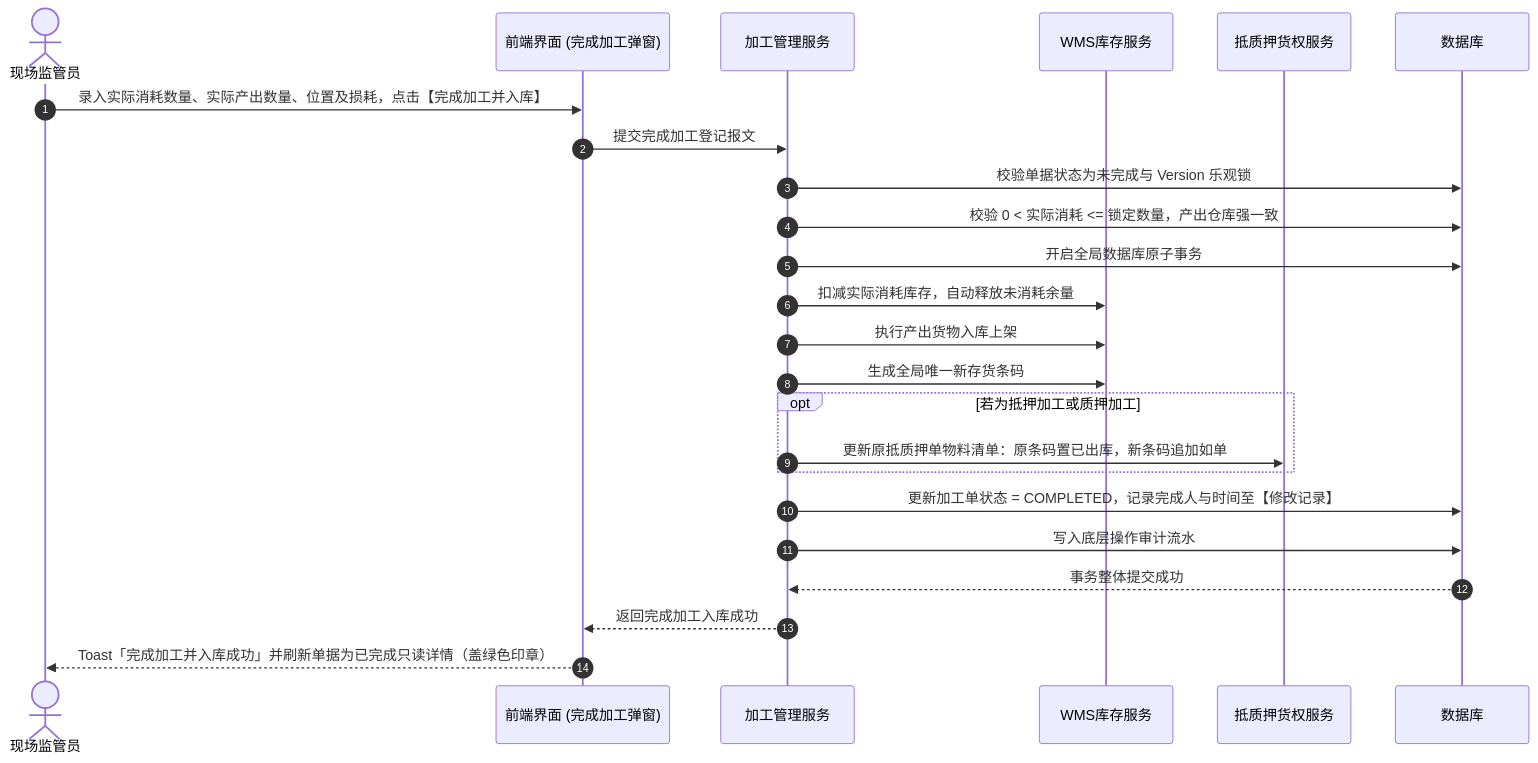
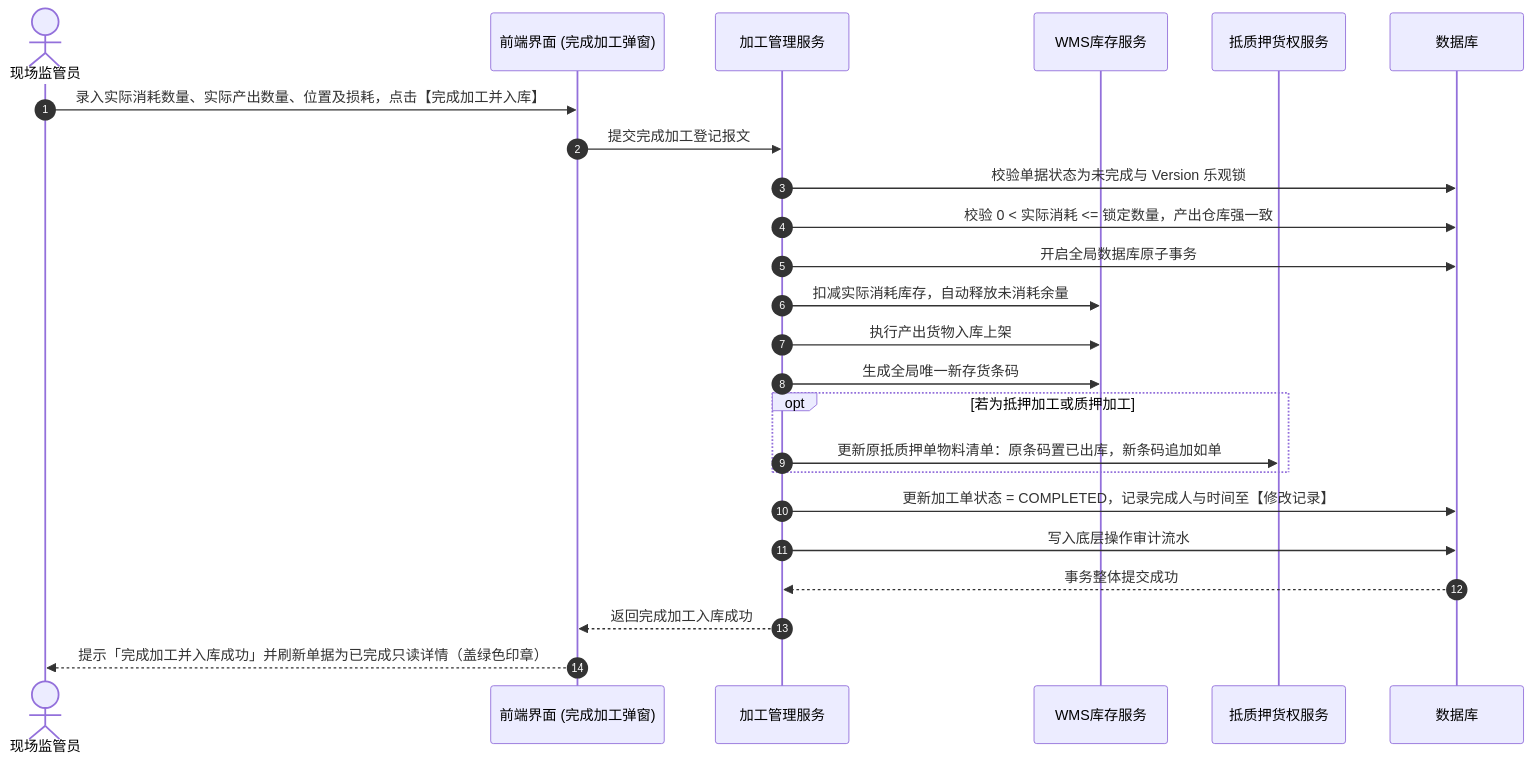
One commit to RobertHuang999/SYZC changed the fourth of 4 diagrams in 02-PRD文档/🌟🌟🌟-最新基准版/B端PC/02-仓储/14-加工管理-加工记录/加工管理业务规则规格.md. Above: the diagram before and after it, drawn with Mermaid. The commit also changed other lines of this file and 264 other files, not shown here.

````diff
--- a/02-PRD文档/🌟🌟🌟-最新基准版/B端PC/02-仓储/14-加工管理-加工记录/加工管理业务规则规格.md
+++ b/02-PRD文档/🌟🌟🌟-最新基准版/B端PC/02-仓储/14-加工管理-加工记录/加工管理业务规则规格.md
@@ -280,27 +294,27 @@
 ```mermaid
 sequenceDiagram
     autonumber
     actor U as 现场监管员
     participant F as 前端界面 (完成加工弹窗)
     participant B as 加工管理服务
     participant W as WMS库存服务
     participant P as 抵质押货权服务
     participant DB as 数据库
 
     U->>F: 录入实际消耗数量、实际产出数量、位置及损耗，点击【完成加工并入库】
     F->>B: 提交完成加工登记报文
     B->>DB: 校验单据状态为未完成与 Version 乐观锁
     B->>DB: 校验 0 < 实际消耗 <= 锁定数量，产出仓库强一致
     B->>DB: 开启全局数据库原子事务
     B->>W: 扣减实际消耗库存，自动释放未消耗余量
     B->>W: 执行产出货物入库上架
     B->>W: 生成全局唯一新存货条码
     opt 若为抵押加工或质押加工
         B->>P: 更新原抵质押单物料清单：原条码置已出库，新条码追加如单
     end
     B->>DB: 更新加工单状态 = COMPLETED，记录完成人与时间至【修改记录】
     B->>DB: 写入底层操作审计流水
     DB-->>B: 事务整体提交成功
     B-->>F: 返回完成加工入库成功
-    F-->>U: Toast「完成加工并入库成功」并刷新单据为已完成只读详情（盖绿色印章）
+    F-->>U: 提示「完成加工并入库成功」并刷新单据为已完成只读详情（盖绿色印章）
 ```
````
